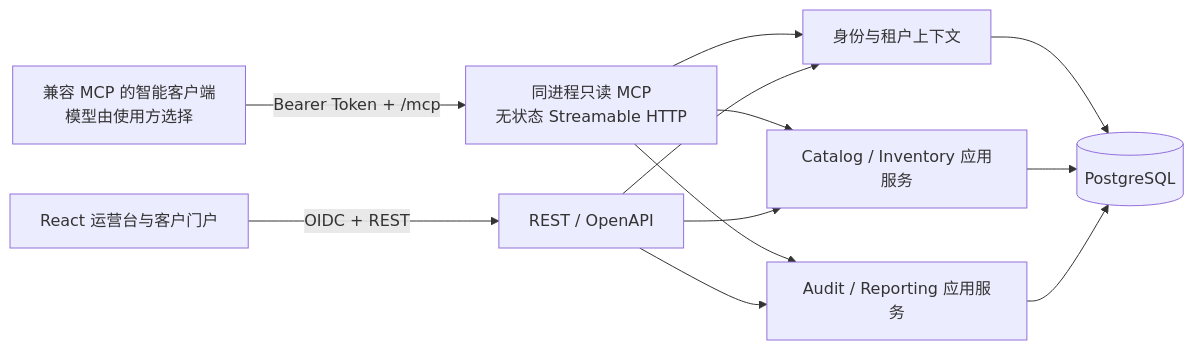
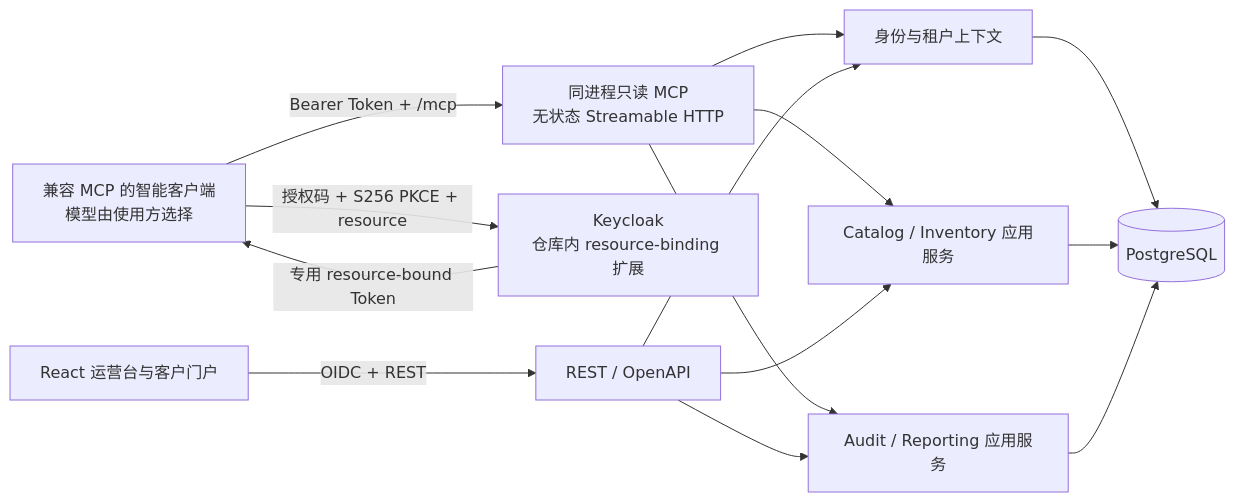
Before and after one commit to RomanticHW/cellarbridge-platform: the fourth of 4 diagrams in README.md, drawn with Mermaid. The commit also changed other lines of this file and 55 other files, not shown here.

````diff
--- a/README.md
+++ b/README.md
@@ -465,14 +466,16 @@
 ```mermaid
 flowchart LR
     HOST[兼容 MCP 的智能客户端<br/>模型由使用方选择] -->|Bearer Token + /mcp| MCP[同进程只读 MCP<br/>无状态 Streamable HTTP]
+    HOST -->|授权码 + S256 PKCE + resource| KC[Keycloak<br/>仓库内 resource-binding 扩展]
+    KC -->|专用 resource-bound Token| HOST
     UI[React 运营台与客户门户] -->|OIDC + REST| API[REST / OpenAPI]
     MCP --> IAM[身份与租户上下文]
     MCP --> SUPPLY[Catalog / Inventory 应用服务]
     MCP --> REPORT[Audit / Reporting 应用服务]
     API --> IAM
     API --> SUPPLY
     API --> REPORT
     IAM --> PG[(PostgreSQL)]
     SUPPLY --> PG
     REPORT --> PG
 ```
````
